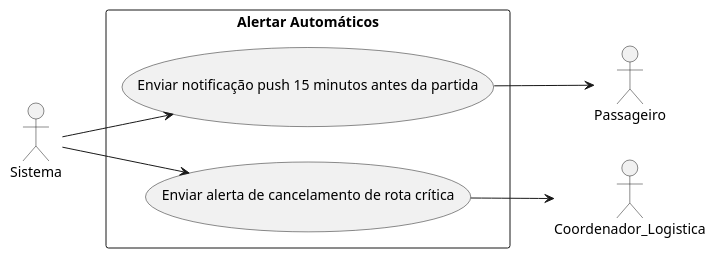
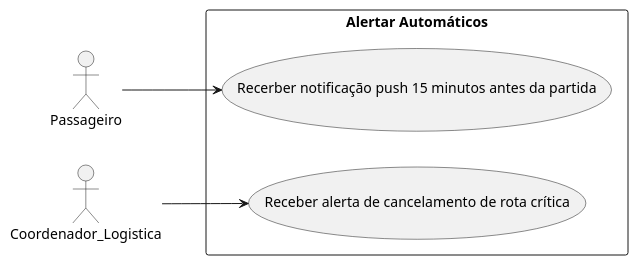
Before and after one commit to AnaBeatrizA-Silva/CaronaCorporativa_EngSof: the diagram in estudoDeCasos/alertarAutomaticos.puml, drawn with PlantUML. The commit also changed 7 other files, not shown here.

```diff
--- a/estudoDeCasos/alertarAutomaticos.puml
+++ b/estudoDeCasos/alertarAutomaticos.puml
@@ -1,19 +1,16 @@
 @startuml Alertar Automáticos
 
 left to right direction
 
-actor Sistema
 actor Passageiro
 actor Coordenador_Logistica
 
 rectangle "Alertar Automáticos" {
-    usecase "Enviar notificação push 15 minutos antes da partida" as alertaAtu_NotfPush
-    usecase "Enviar alerta de cancelamento de rota crítica" as alerAtu_NotfCrit
+    usecase "Recerber notificação push 15 minutos antes da partida" as alertaAtu_NotfPush
+    usecase "Receber alerta de cancelamento de rota crítica" as alerAtu_NotfCrit
 }
 
-Sistema --> alertaAtu_NotfPush
-alertaAtu_NotfPush --> Passageiro
-Sistema --> alerAtu_NotfCrit
-alerAtu_NotfCrit --> Coordenador_Logistica
+Passageiro --> alertaAtu_NotfPush
+Coordenador_Logistica --> alerAtu_NotfCrit
 
 @enduml
```
